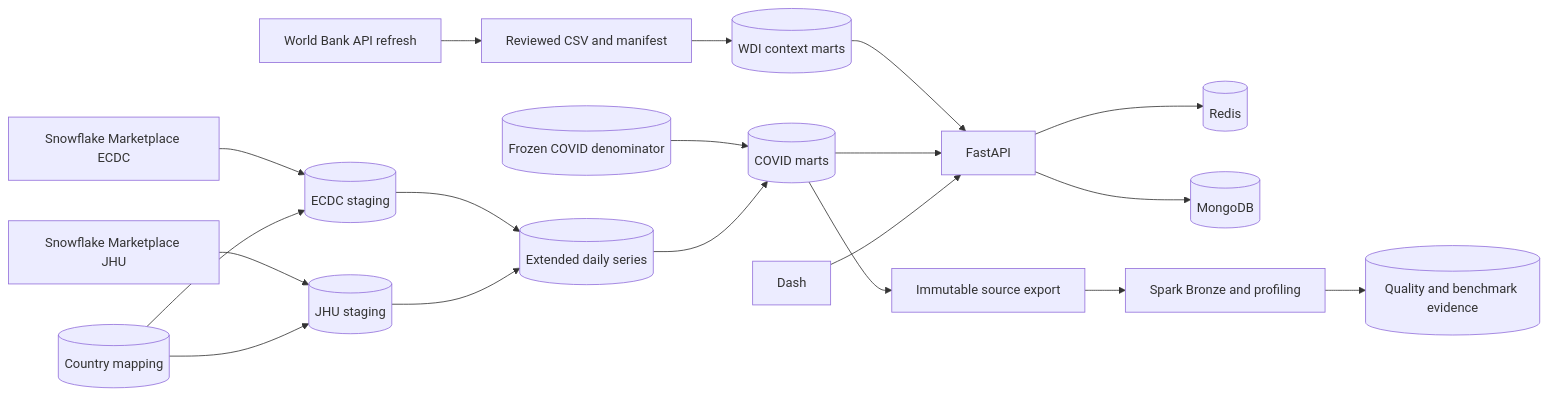
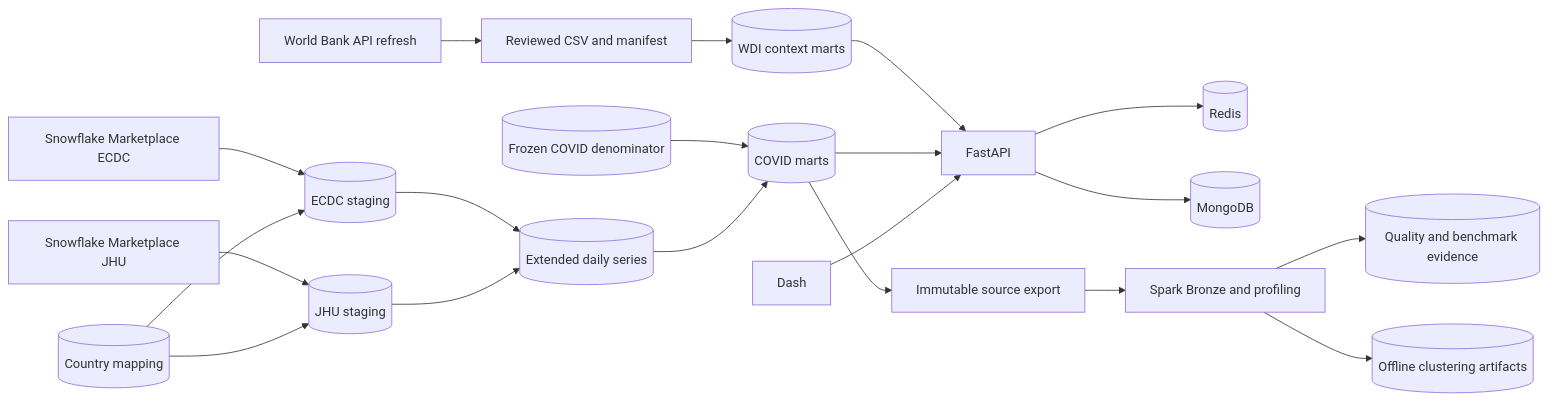
One commit to synku20777/bootcamp-project changed the diagram in docs/project-overview.md. Above: the diagram before and after it, drawn with Mermaid. The commit also changed other lines of this file and 7 other files, not shown here.

````diff
--- a/docs/project-overview.md
+++ b/docs/project-overview.md
@@ -25,21 +25,22 @@
 ```mermaid
 flowchart LR
     ECDC[Snowflake Marketplace ECDC] --> ECDCStage[(ECDC staging)]
     JHU[Snowflake Marketplace JHU] --> JHUStage[(JHU staging)]
     Mapping[(Country mapping)] --> ECDCStage
     Mapping --> JHUStage
     ECDCStage --> Extended[(Extended daily series)]
     JHUStage --> Extended
     WB[World Bank API refresh] --> Snapshot[Reviewed CSV and manifest]
     Snapshot --> Context[(WDI context marts)]
     Denominator[(Frozen COVID denominator)] --> Marts[(COVID marts)]
     Extended --> Marts
     Context --> API[FastAPI]
     Marts --> API
     API --> Redis[(Redis)]
     API --> Mongo[(MongoDB)]
     Browser[Dash] --> API
     Marts --> Export[Immutable source export]
     Export --> Spark[Spark Bronze and profiling]
     Spark --> Evidence[(Quality and benchmark evidence)]
+    Spark --> Clusters[(Offline clustering artifacts)]
 ```
````
